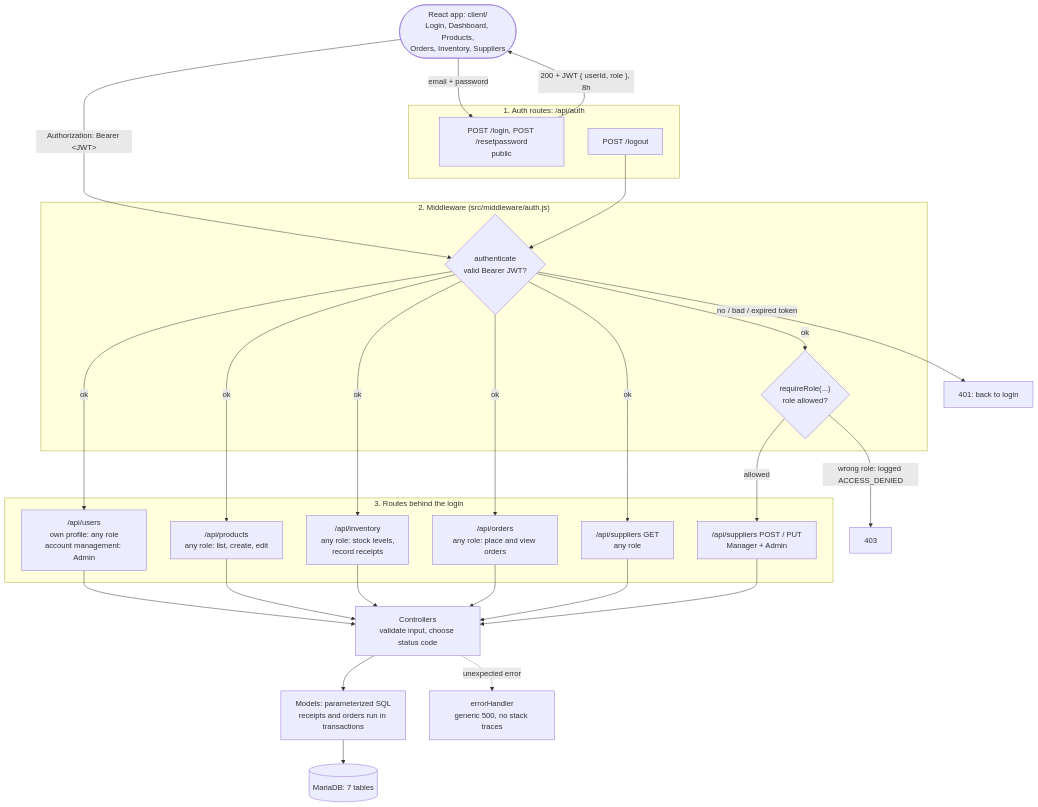
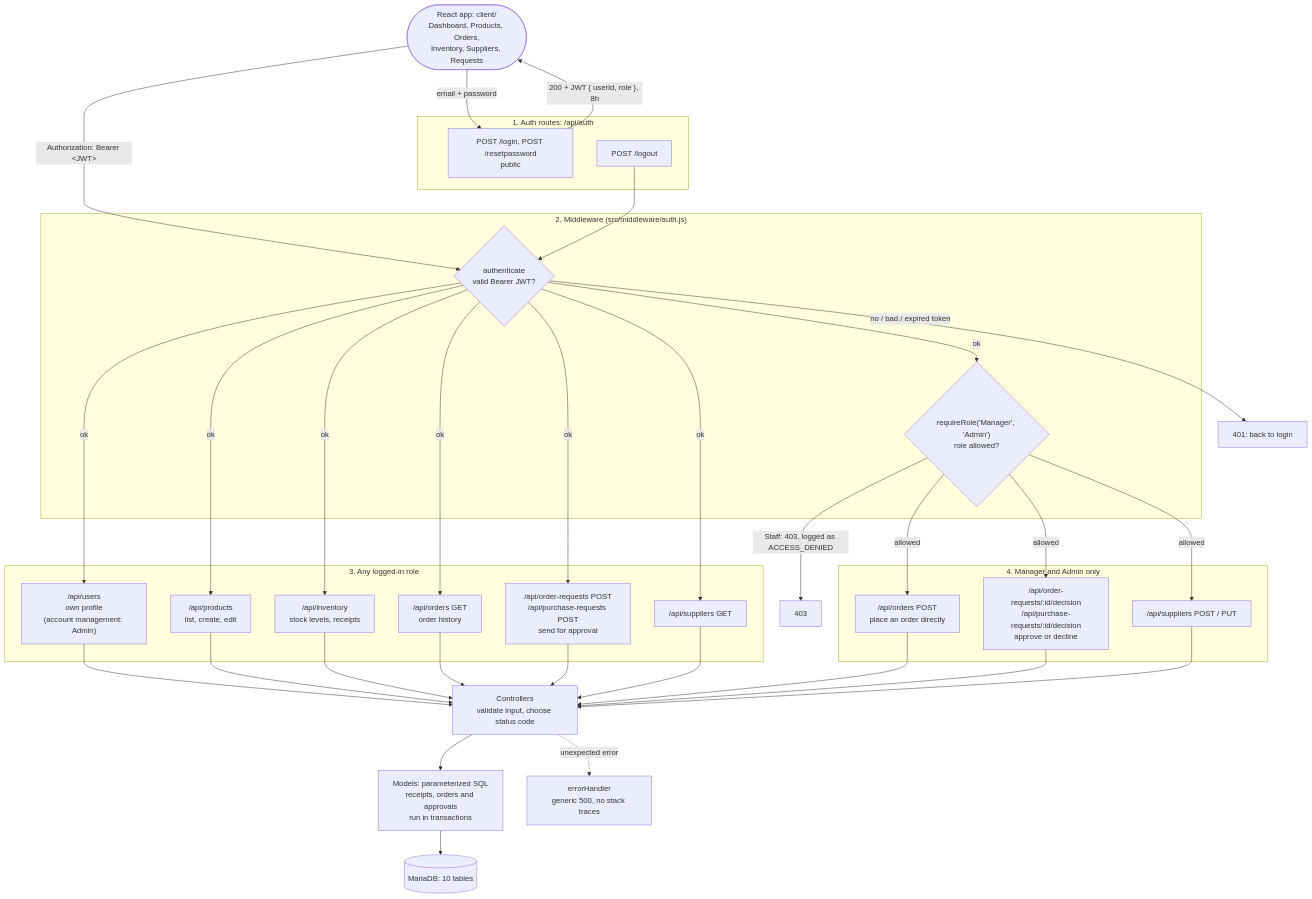
The first of 5 diagrams in README.md (Pedriux0/inventory-ordering-portal), drawn with Mermaid before and after one commit. The commit also changed other lines of this file, not shown here.

First line of the commit message:
README: live link, v2.3.0, and five diagrams

````diff
--- a/README.md
+++ b/README.md
@@ -11,52 +13,64 @@
 ```mermaid
 flowchart TD
-    Browser([React app: client/<br/>Login, Dashboard, Products,<br/>Orders, Inventory, Suppliers])
+    Browser([React app: client/<br/>Dashboard, Products, Orders,<br/>Inventory, Suppliers, Requests])
 
     subgraph R1["1. Auth routes: /api/auth"]
         Login["POST /login, POST /resetpassword<br/>public"]
         Logout["POST /logout"]
     end
 
     subgraph R2["2. Middleware (src/middleware/auth.js)"]
         Authn{"authenticate<br/>valid Bearer JWT?"}
-        Authz{"requireRole(...)<br/>role allowed?"}
+        Authz{"requireRole('Manager', 'Admin')<br/>role allowed?"}
     end
 
-    subgraph R3["3. Routes behind the login"]
-        Users["/api/users<br/>own profile: any role<br/>account management: Admin"]
-        Products["/api/products<br/>any role: list, create, edit"]
-        Inventory["/api/inventory<br/>any role: stock levels,<br/>record receipts"]
-        Orders["/api/orders<br/>any role: place and view orders"]
-        SupRead["/api/suppliers GET<br/>any role"]
-        SupWrite["/api/suppliers POST / PUT<br/>Manager + Admin"]
+    subgraph R3["3. Any logged-in role"]
+        Users["/api/users<br/>own profile<br/>(account management: Admin)"]
+        Products["/api/products<br/>list, create, edit"]
+        Inventory["/api/inventory<br/>stock levels, receipts"]
+        OrdersRead["/api/orders GET<br/>order history"]
+        Reqs["/api/order-requests POST<br/>/api/purchase-requests POST<br/>send for approval"]
+        SupRead["/api/suppliers GET"]
+    end
+
+    subgraph R4["4. Manager and Admin only"]
+        OrdersWrite["/api/orders POST<br/>place an order directly"]
+        Decide["/api/order-requests/:id/decision<br/>/api/purchase-requests/:id/decision<br/>approve or decline"]
+        SupWrite["/api/suppliers POST / PUT"]
     end
 
     Ctrl["Controllers<br/>validate input, choose status code"]
-    Model["Models: parameterized SQL<br/>receipts and orders run in transactions"]
-    DB[(MariaDB: 7 tables)]
+    Model["Models: parameterized SQL<br/>receipts, orders and approvals<br/>run in transactions"]
+    DB[(MariaDB: 10 tables)]
     Err["errorHandler<br/>generic 500, no stack traces"]
 
     Browser -->|email + password| Login
     Login -->|"200 + JWT { userId, role }, 8h"| Browser
     Browser -->|"Authorization: Bearer &lt;JWT&gt;"| Authn
     Logout --> Authn
 
     Authn -->|"no / bad / expired token"| E401["401: back to login"]
     Authn -->|ok| Users
     Authn -->|ok| Products
     Authn -->|ok| Inventory
-    Authn -->|ok| Orders
+    Authn -->|ok| OrdersRead
+    Authn -->|ok| Reqs
     Authn -->|ok| SupRead
     Authn -->|ok| Authz
-    Authz -->|"wrong role: logged ACCESS_DENIED"| E403["403"]
+    Authz -->|"Staff: 403, logged as ACCESS_DENIED"| E403["403"]
+    Authz -->|allowed| OrdersWrite
+    Authz -->|allowed| Decide
     Authz -->|allowed| SupWrite
 
     Users --> Ctrl
     Products --> Ctrl
     Inventory --> Ctrl
-    Orders --> Ctrl
+    OrdersRead --> Ctrl
+    Reqs --> Ctrl
     SupRead --> Ctrl
+    OrdersWrite --> Ctrl
+    Decide --> Ctrl
     SupWrite --> Ctrl
     Ctrl --> Model --> DB
     Ctrl -.->|unexpected error| Err
 ```
````
